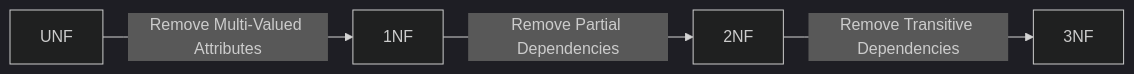
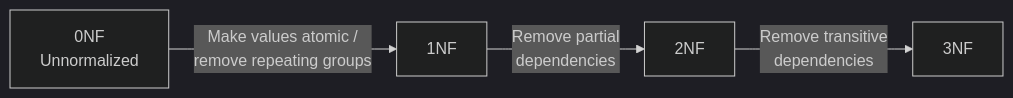
The diagram in 03 - ICT/Subtopics/Database Normalization (1NF, 2NF, 3NF).md (zenyyxz/Zen_dx-Notes), drawn with Mermaid (dark theme) before and after one commit. The commit also changed other lines of this file and 1 other file, not shown here.

````diff
--- a/03 - ICT/Subtopics/Database Normalization (1NF, 2NF, 3NF).md
+++ b/03 - ICT/Subtopics/Database Normalization (1NF, 2NF, 3NF).md
@@ -31,6 +134,6 @@
-``` mermaid
+```mermaid
 flowchart LR
-	UNF[UNF] -->|Remove Multi-Valued Attributes| 1NF[1NF]
-	1NF -->|Remove Partial Dependencies| 2NF[2NF]
-	2NF -->|Remove Transitive Dependencies| 3NF[3NF]
+    Z[0NF<br/>Unnormalized] -->|Make values atomic /<br/>remove repeating groups| One[1NF]
+    One -->|Remove partial<br/>dependencies| Two[2NF]
+    Two -->|Remove transitive<br/>dependencies| Three[3NF]
 ```
````
